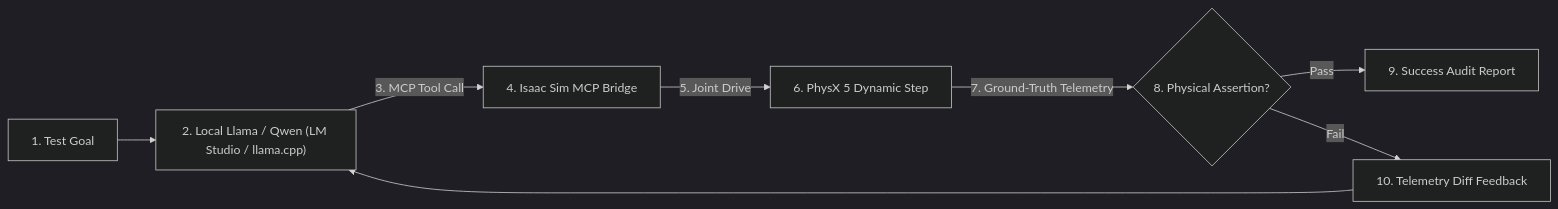
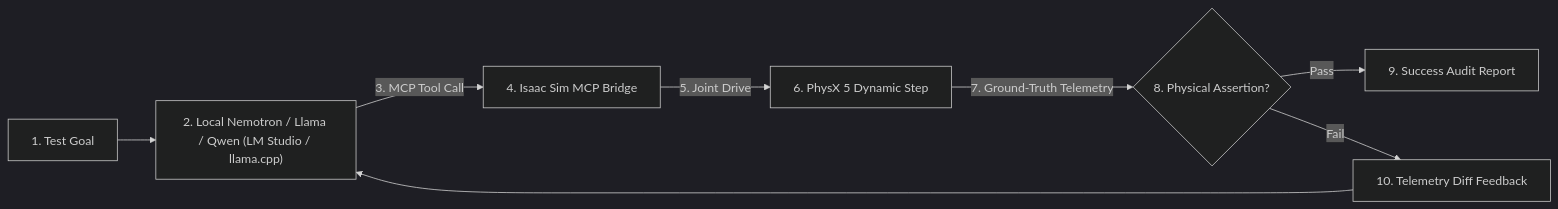
One commit to Comet-Aerobotics/Rover-Simulation changed the second of 2 diagrams in README.md. Above: the diagram before and after it, drawn with Mermaid (dark theme). The commit also changed other lines of this file and 1 other file, not shown here.

Commit message:
docs: add NVIDIA Nemotron support and 16GB VRAM quantization benchmarks

````diff
--- a/README.md
+++ b/README.md
@@ -99,10 +99,10 @@
 ```mermaid
 flowchart LR
-    Goal["1. Test Goal"] --> Model["2. Local Llama / Qwen (LM Studio / llama.cpp)"]
+    Goal["1. Test Goal"] --> Model["2. Local Nemotron / Llama / Qwen (LM Studio / llama.cpp)"]
     Model -->|"3. MCP Tool Call"| Bridge["4. Isaac Sim MCP Bridge"]
     Bridge -->|"5. Joint Drive"| PhysX["6. PhysX 5 Dynamic Step"]
     PhysX -->|"7. Ground-Truth Telemetry"| Assertion{"8. Physical Assertion?"}
     Assertion -->|"Pass"| Report["9. Success Audit Report"]
     Assertion -->|"Fail"| Feedback["10. Telemetry Diff Feedback"]
     Feedback --> Model
 ```
````
